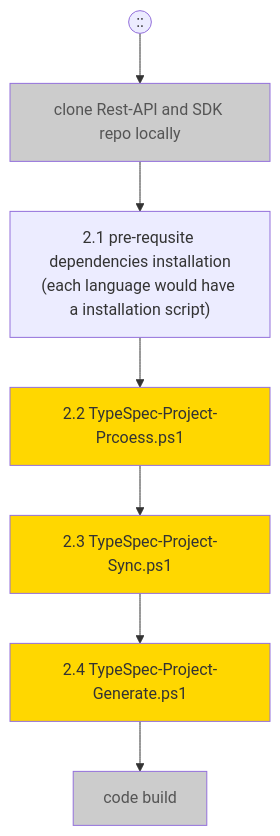
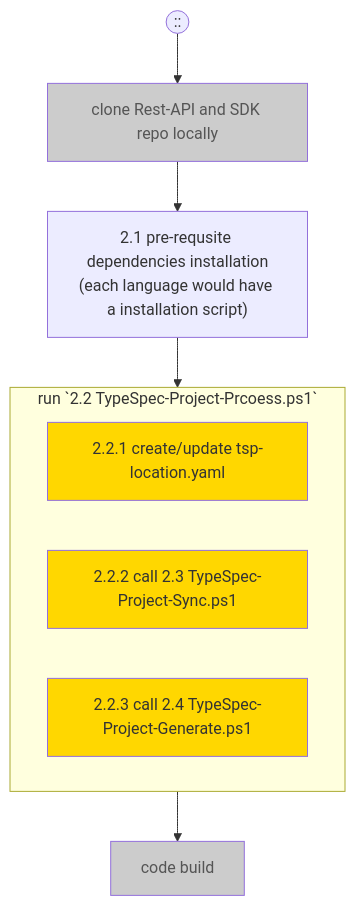
Before and after one commit to Azure/azure-rest-api-specs: the second of 5 diagrams in documentation/typespec-end-to-end-scenarios.md, drawn with Mermaid. The commit also changed other lines of this file, not shown here.

````diff
--- a/documentation/typespec-end-to-end-scenarios.md
+++ b/documentation/typespec-end-to-end-scenarios.md
@@ -64,15 +72,20 @@
 ```mermaid
 flowchart TD
 classDef highlight fill:#ffd700
 classDef grey fill:#CCCCCC,color:#555555;
 User((::))-->A
 A["clone Rest-API and SDK repo locally"] --> B
 B["2.1 pre-requsite dependencies installation
-(each language would have a installation script)"] --> F
-F["2.2 TypeSpec-Project-Prcoess.ps1"] --> C
-C["2.3 TypeSpec-Project-Sync.ps1"] --> D
-D["2.4 TypeSpec-Project-Generate.ps1"]
-D-->E["code build"]
+(each language would have a installation script)"] --> G
+subgraph G["run `2.2 TypeSpec-Project-Prcoess.ps1`"]
+  F
+  C
+  D
+end
+F["2.2.1 create/update tsp-location.yaml"]
+C["2.2.2 call 2.3 TypeSpec-Project-Sync.ps1"]
+D["2.2.3 call 2.4 TypeSpec-Project-Generate.ps1"]
+G-->E["code build"]
 class A,E grey
 class C,D,F highlight
 ```
````
